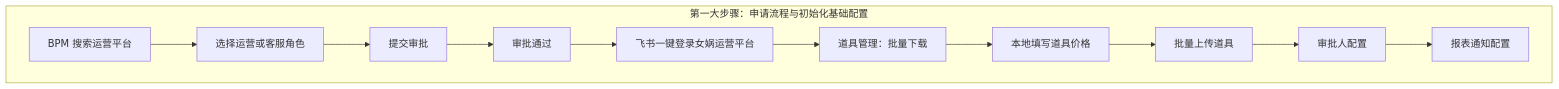
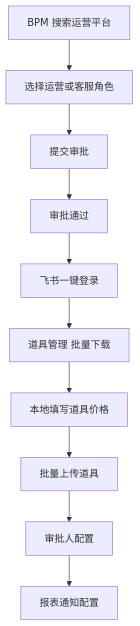
One commit to PPkapibala/duihuanma changed the first of 3 diagrams in 运营人员用户操作流程梳理.md. Above: the diagram before and after it, drawn with Mermaid. The commit also changed other lines of this file and 1 other file, not shown here.

````diff
--- a/运营人员用户操作流程梳理.md
+++ b/运营人员用户操作流程梳理.md
@@ -13,16 +13,14 @@
 ```mermaid
 flowchart TD
-  subgraph step1 [第一大步骤：申请流程与初始化基础配置]
-    A1[BPM 搜索运营平台]
-    A2[选择运营或客服角色]
-    A3[提交审批]
-    A4[审批通过]
-    A5[飞书一键登录女娲运营平台]
-    A6[道具管理：批量下载]
-    A7[本地填写道具价格]
-    A8[批量上传道具]
-    A9[审批人配置]
-    A10[报表通知配置]
-  end
+  A1[BPM 搜索运营平台]
+  A2[选择运营或客服角色]
+  A3[提交审批]
+  A4[审批通过]
+  A5[飞书一键登录]
+  A6[道具管理 批量下载]
+  A7[本地填写道具价格]
+  A8[批量上传道具]
+  A9[审批人配置]
+  A10[报表通知配置]
   A1 --> A2 --> A3 --> A4 --> A5 --> A6 --> A7 --> A8 --> A9 --> A10
 ```
````
